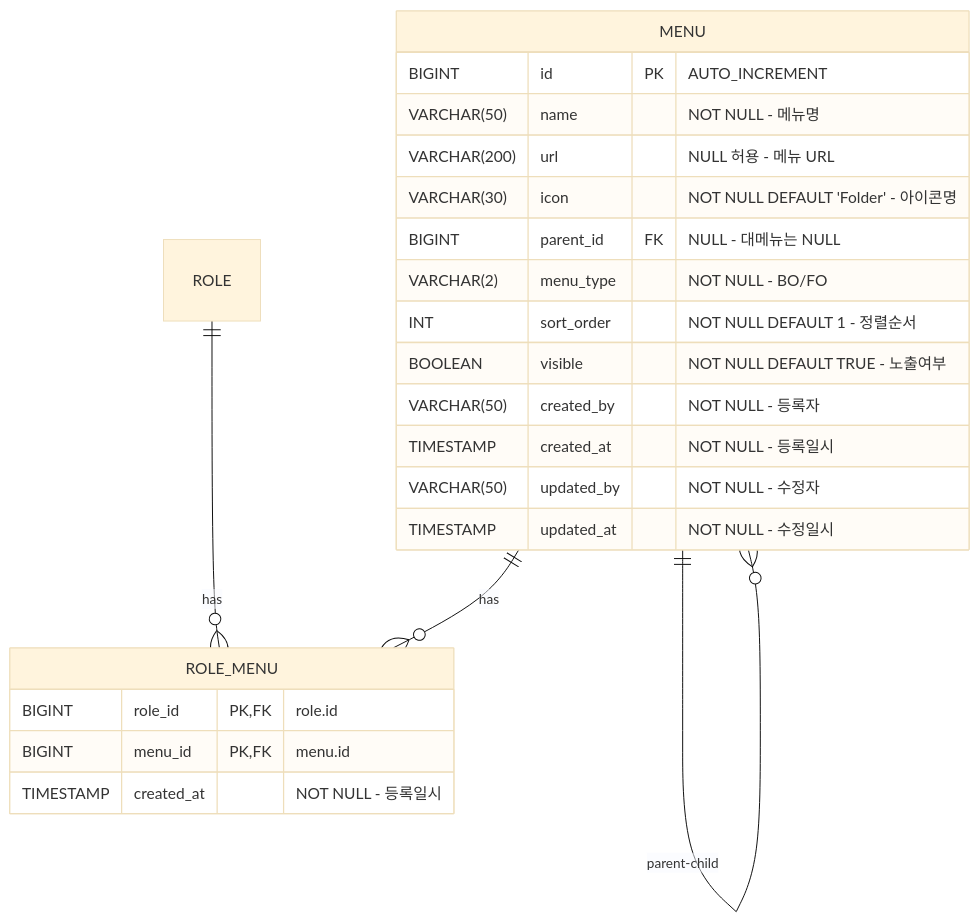
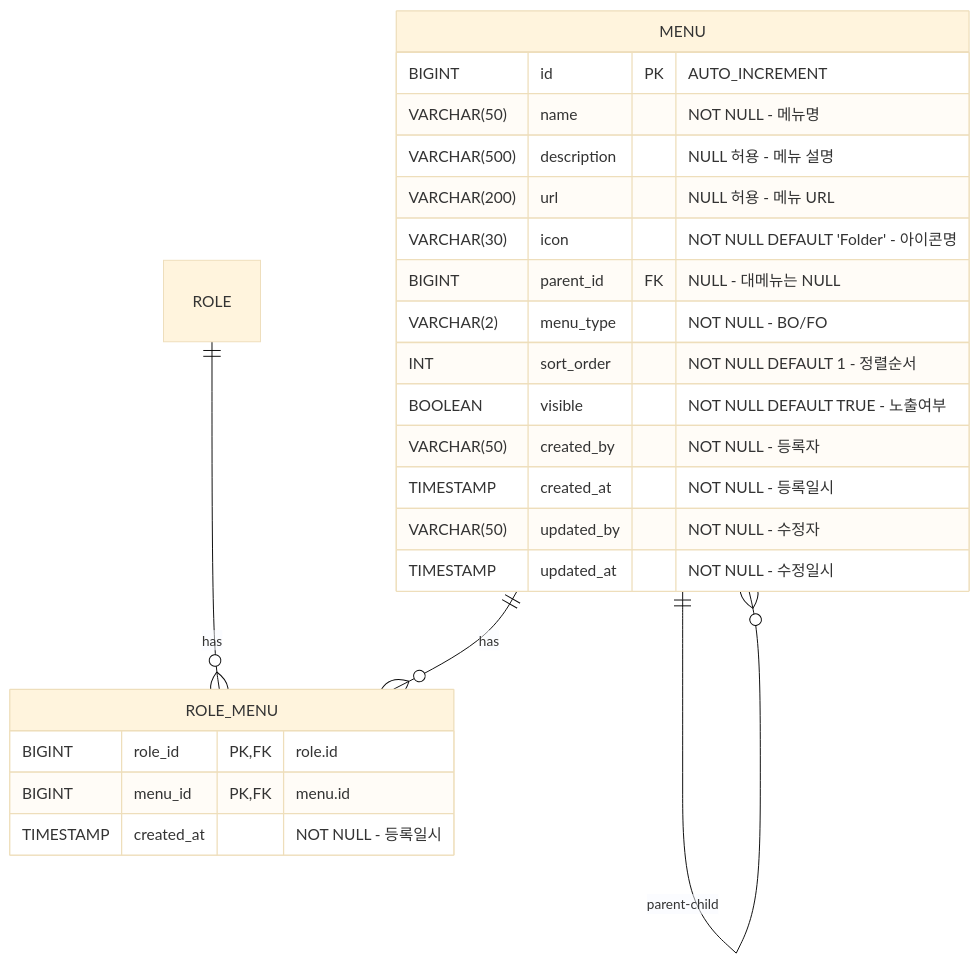
The diagram in docs/db/menus/db_menus.md (leebyungkwon/GeBo), drawn with Mermaid (base theme) before and after one commit. The commit also changed other lines of this file and 23 other files, not shown here.

````diff
--- a/docs/db/menus/db_menus.md
+++ b/docs/db/menus/db_menus.md
@@ -5,27 +5,28 @@
 ```mermaid
 erDiagram
     MENU {
         BIGINT id PK "AUTO_INCREMENT"
         VARCHAR(50) name "NOT NULL - 메뉴명"
+        VARCHAR(500) description "NULL 허용 - 메뉴 설명"
         VARCHAR(200) url "NULL 허용 - 메뉴 URL"
         VARCHAR(30) icon "NOT NULL DEFAULT 'Folder' - 아이콘명"
         BIGINT parent_id FK "NULL - 대메뉴는 NULL"
         VARCHAR(2) menu_type "NOT NULL - BO/FO"
         INT sort_order "NOT NULL DEFAULT 1 - 정렬순서"
         BOOLEAN visible "NOT NULL DEFAULT TRUE - 노출여부"
         VARCHAR(50) created_by "NOT NULL - 등록자"
         TIMESTAMP created_at "NOT NULL - 등록일시"
         VARCHAR(50) updated_by "NOT NULL - 수정자"
         TIMESTAMP updated_at "NOT NULL - 수정일시"
     }
 
     ROLE_MENU {
         BIGINT role_id PK,FK "role.id"
         BIGINT menu_id PK,FK "menu.id"
         TIMESTAMP created_at "NOT NULL - 등록일시"
     }
 
     ROLE ||--o{ ROLE_MENU : "has"
     MENU ||--o{ ROLE_MENU : "has"
     MENU ||--o{ MENU : "parent-child"
 ```
````
